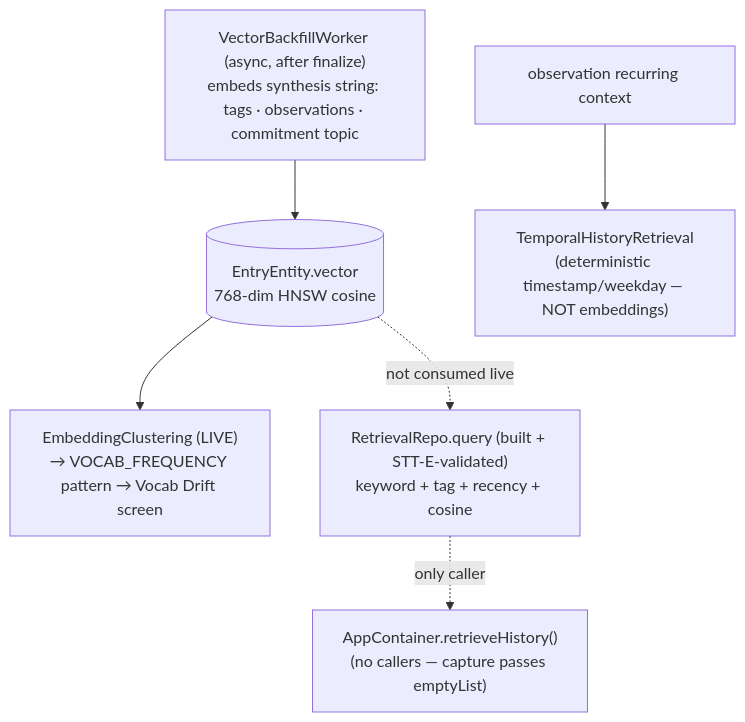
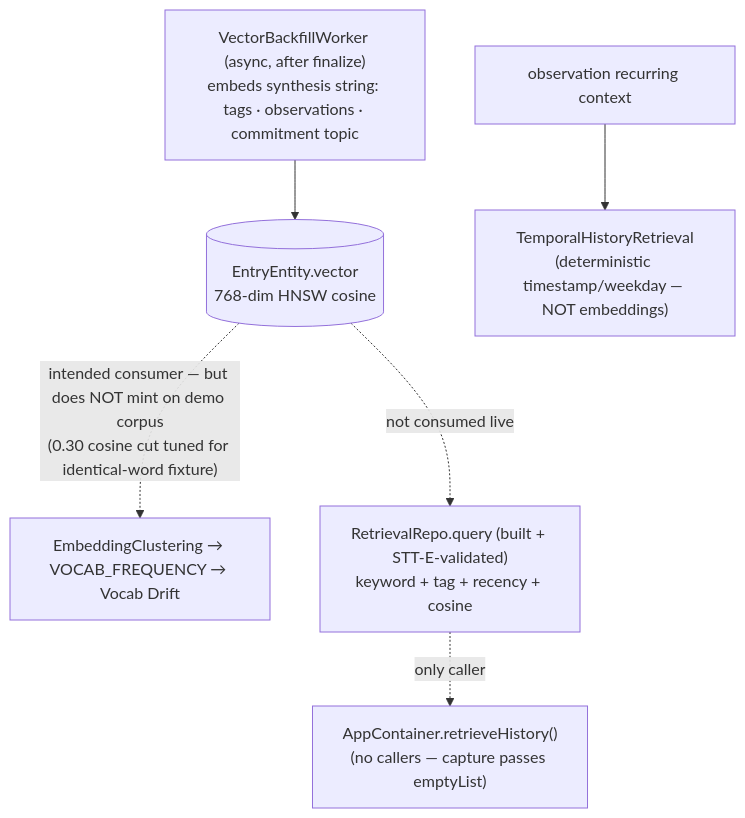
Before and after one commit to anchildress1/vestige: the fifth of 6 diagrams in docs/diagrams/llm-functionality.md, drawn with Mermaid. The commit also changed other lines of this file and 3 other files, not shown here.

First line of the commit message:
docs: note embeddings have no live surface (clustering doesn't mint on demo)

````diff
--- a/docs/diagrams/llm-functionality.md
+++ b/docs/diagrams/llm-functionality.md
@@ -164,11 +167,11 @@
 ```mermaid
 flowchart TD
-    accTitle: Embedding clustering (live) vs hybrid retrieval (unwired)
-    accDescr: VectorBackfillWorker embeds a synthesis string of tags, observations, and commitment topic into each entry's 768-dimension vector after the entry finalizes. The vectors have one live consumer, EmbeddingClustering, which powers the VOCAB_FREQUENCY pattern and the Vocab Drift screen. RetrievalRepo implements a ranked hybrid score of keyword, tag Jaccard, recency, and EmbeddingGemma cosine and is STT-E validated, but it is not wired into any live surface — its only caller retrieveHistory is itself never called, capture passes empty history, and the observation recurring context uses deterministic timestamp-based TemporalHistoryRetrieval instead.
+    accTitle: Embeddings computed but no live surface
+    accDescr: VectorBackfillWorker embeds a synthesis string of tags, observations, and commitment topic into each entry's 768-dimension vector after the entry finalizes. The vectors are computed but neither embedding surface is live. EmbeddingClustering is the intended consumer for the VOCAB_FREQUENCY pattern and Vocab Drift screen, but it does not mint on the demo corpus because the cosine cut was calibrated on an identical-word fixture. RetrievalRepo implements a ranked hybrid score and is STT-E validated, but it is not wired into any live surface — its only caller retrieveHistory is never called, capture passes empty history, and the observation recurring context uses deterministic timestamp-based TemporalHistoryRetrieval instead.
 
     BF["VectorBackfillWorker (async, after finalize)<br/>embeds synthesis string: tags · observations · commitment topic"] --> VEC[("EntryEntity.vector<br/>768-dim HNSW cosine")]
-    VEC --> CL["EmbeddingClustering (LIVE)<br/>→ VOCAB_FREQUENCY pattern → Vocab Drift screen"]
+    VEC -. "intended consumer — but does NOT mint on demo corpus<br/>(0.30 cosine cut tuned for identical-word fixture)" .-> CL["EmbeddingClustering → VOCAB_FREQUENCY → Vocab Drift"]
     VEC -. "not consumed live" .-> RR["RetrievalRepo.query (built + STT-E-validated)<br/>keyword + tag + recency + cosine"]
     RR -. "only caller" .-> RH["AppContainer.retrieveHistory()<br/>(no callers — capture passes emptyList)"]
     OBS["observation recurring context"] --> TH["TemporalHistoryRetrieval<br/>(deterministic timestamp/weekday — NOT embeddings)"]
 ```
````
